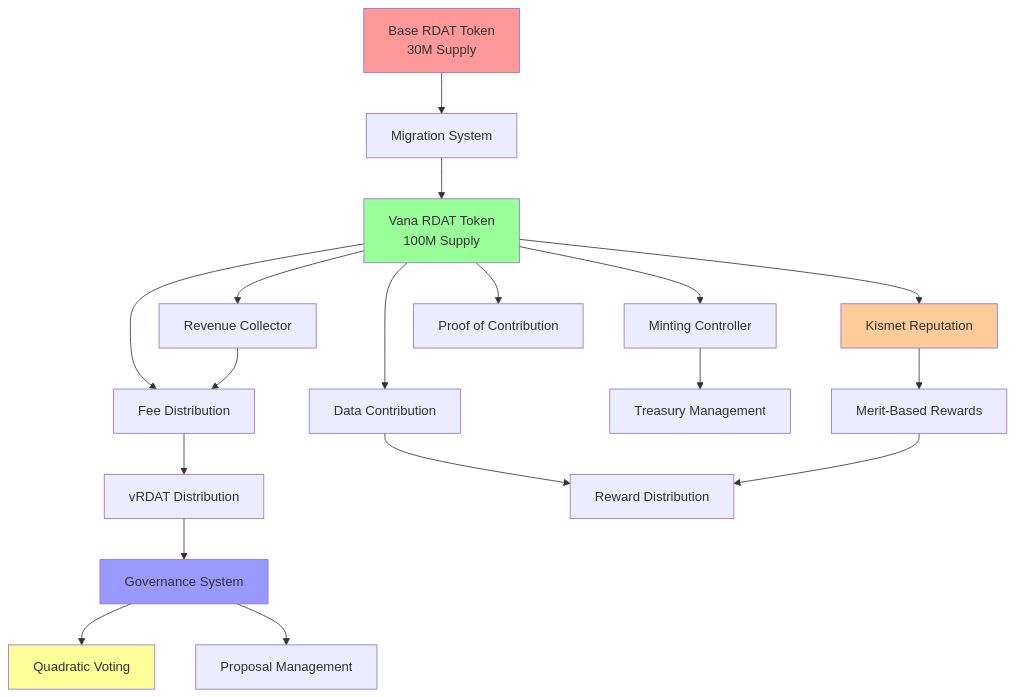
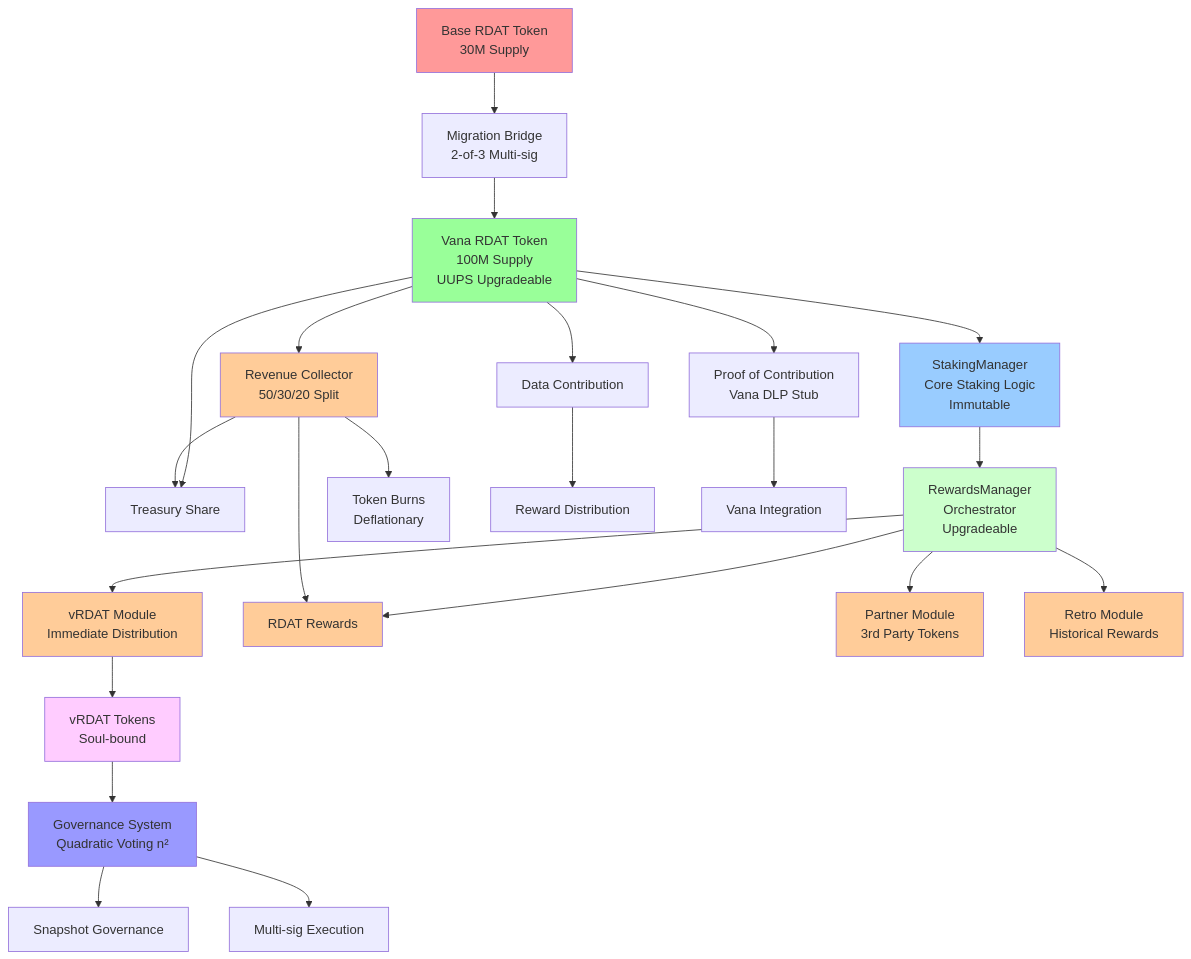
Before and after one commit to rdatadao-v2/rdatadao-contracts: the first of 15 diagrams in docs/SPECIFICATIONS.md, drawn with Mermaid. The commit also changed other lines of this file and 36 other files, not shown here.

First line of the commit message:
refactor: adopt StakingPositions as primary staking architecture

````diff
--- a/docs/SPECIFICATIONS.md
+++ b/docs/SPECIFICATIONS.md
@@ -61,31 +129,43 @@
 ```mermaid
 graph TD
-    A[Base RDAT Token<br/>30M Supply] --> B[Migration System]
-    B --> C[Vana RDAT Token<br/>100M Supply]
+    A[Base RDAT Token<br/>30M Supply] --> B[Migration Bridge<br/>2-of-3 Multi-sig]
+    B --> C[Vana RDAT Token<br/>100M Supply<br/>UUPS Upgradeable]
     
-    C --> D[Staking System]
+    C --> D[StakingManager<br/>Core Staking Logic<br/>Immutable]
     C --> E[Data Contribution]
-    C --> F[Minting Controller]
-    C --> M[Kismet Reputation]
-    C --> O[Revenue Collector]
-    C --> P[Proof of Contribution]
+    C --> F[Treasury Management<br/>Gnosis Safe]
+    C --> O[Revenue Collector<br/>50/30/20 Split]
+    C --> P[Proof of Contribution<br/>Vana DLP Stub]
     
-    D --> G[vRDAT Distribution]
-    G --> H[Governance System]
-    O --> D[Fee Distribution]
+    D --> RM[RewardsManager<br/>Orchestrator<br/>Upgradeable]
     
-    E --> I[Reward Distribution]
-    F --> J[Treasury Management]
-    M --> N[Merit-Based Rewards]
+    RM --> RM1[vRDAT Module<br/>Immediate Distribution]
+    RM --> RM2[RDAT Module<br/>Time-based Rewards]
+    RM --> RM3[Partner Module<br/>3rd Party Tokens]
+    RM --> RM4[Retro Module<br/>Historical Rewards]
     
-    H --> K[Quadratic Voting]
-    H --> L[Proposal Management]
+    RM1 --> H[vRDAT Tokens<br/>Soul-bound]
+    H --> I[Governance System<br/>Quadratic Voting n²]
     
-    N --> I
+    O --> RM2[RDAT Rewards]
+    O --> F[Treasury Share]
+    O --> Q[Token Burns<br/>Deflationary]
+    
+    E --> R[Reward Distribution]
+    P --> S[Vana Integration]
+    
+    I --> T[Snapshot Governance]
+    I --> U[Multi-sig Execution]
     
     style A fill:#ff9999
     style C fill:#99ff99
-    style H fill:#9999ff
-    style K fill:#ffff99
-    style M fill:#ffcc99
+    style D fill:#99ccff
+    style RM fill:#ccffcc
+    style RM1 fill:#ffcc99
+    style RM2 fill:#ffcc99
+    style RM3 fill:#ffcc99
+    style RM4 fill:#ffcc99
+    style H fill:#ffccff
+    style I fill:#9999ff
+    style O fill:#ffcc99
 ```
````
